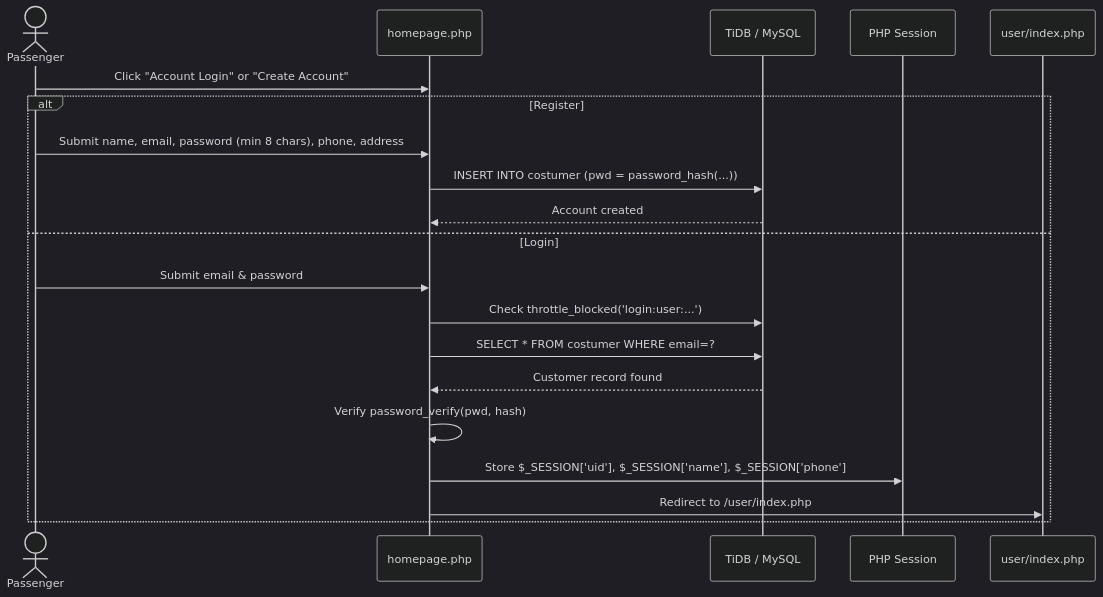
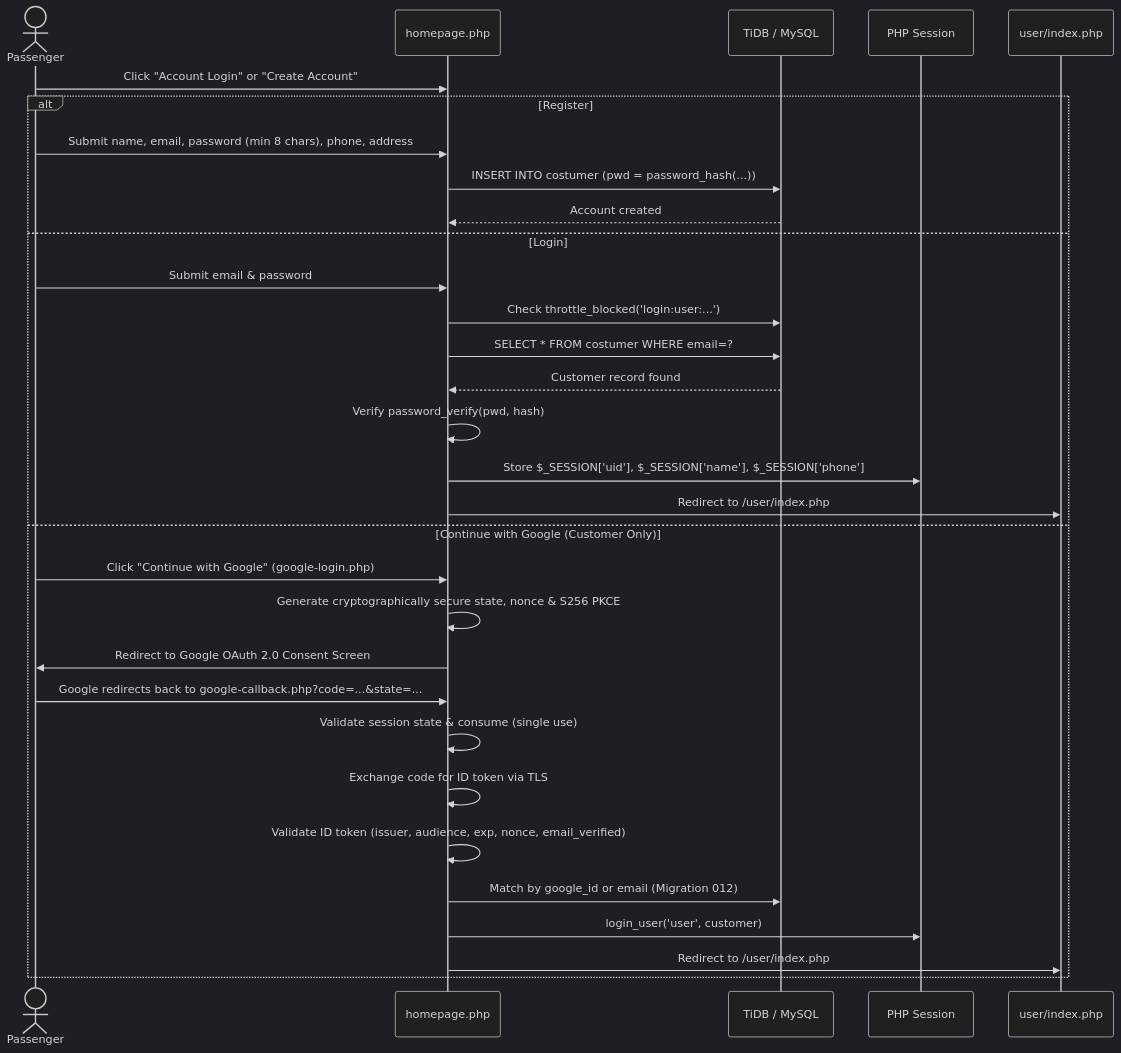
Before and after one commit to Jashan-randhawa/Bus-Resrvation: the diagram in wiki/Customer-Portal-and-Booking-Flow.md, drawn with Mermaid (dark theme). The commit also changed other lines of this file and 14 other files, not shown here.

Commit message:
feat(auth): implement Continue with Google OAuth 2.0 / OpenID Connect exclusively for customers

````diff
--- a/wiki/Customer-Portal-and-Booking-Flow.md
+++ b/wiki/Customer-Portal-and-Booking-Flow.md
@@ -9,24 +9,35 @@
 ```mermaid
 sequenceDiagram
     actor User as Passenger
     participant Home as homepage.php
     participant DB as TiDB / MySQL
     participant Session as PHP Session
     participant Portal as user/index.php
 
     User->>Home: Click "Account Login" or "Create Account"
     
     alt Register
         User->>Home: Submit name, email, password (min 8 chars), phone, address
         Home->>DB: INSERT INTO costumer (pwd = password_hash(...))
         DB-->>Home: Account created
     else Login
         User->>Home: Submit email & password
         Home->>DB: Check throttle_blocked('login:user:...')
         Home->>DB: SELECT * FROM costumer WHERE email=?
         DB-->>Home: Customer record found
         Home->>Home: Verify password_verify(pwd, hash)
         Home->>Session: Store $_SESSION['uid'], $_SESSION['name'], $_SESSION['phone']
         Home->>Portal: Redirect to /user/index.php
+    else Continue with Google (Customer Only)
+        User->>Home: Click "Continue with Google" (google-login.php)
+        Home->>Home: Generate cryptographically secure state, nonce & S256 PKCE
+        Home->>User: Redirect to Google OAuth 2.0 Consent Screen
+        User->>Home: Google redirects back to google-callback.php?code=...&state=...
+        Home->>Home: Validate session state & consume (single use)
+        Home->>Home: Exchange code for ID token via TLS
+        Home->>Home: Validate ID token (issuer, audience, exp, nonce, email_verified)
+        Home->>DB: Match by google_id or email (Migration 012)
+        Home->>Session: login_user('user', customer)
+        Home->>Portal: Redirect to /user/index.php
     end
 ```
````
